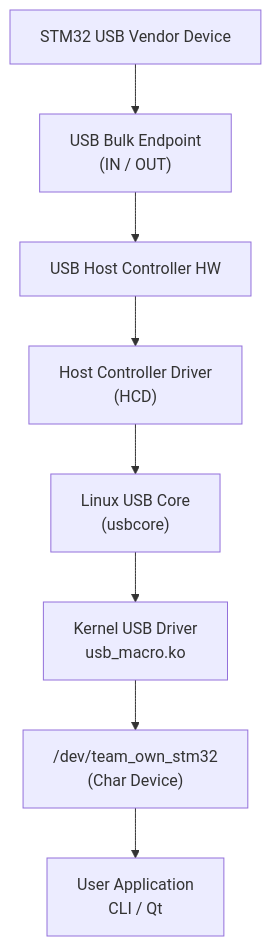
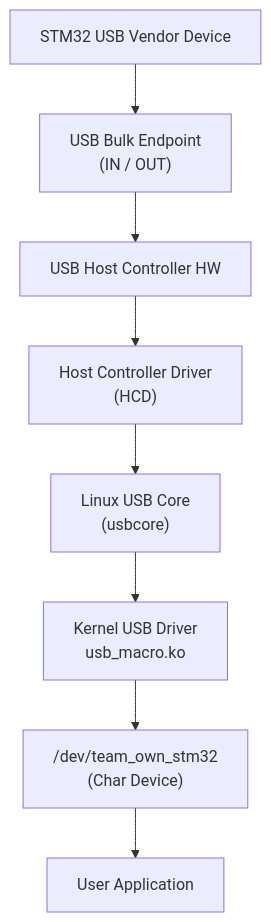
The diagram in usb_macro_kernel/README.md (won-jong-wan/USB-Macro), drawn with Mermaid before and after one commit.

````diff
--- a/usb_macro_kernel/README.md
+++ b/usb_macro_kernel/README.md
@@ -31,19 +31,19 @@
 ``` mermaid
 flowchart TD
     STM32["STM32 USB Vendor Device"]
     EP["USB Bulk Endpoint<br/>(IN / OUT)"]
     HW["USB Host Controller HW"]
     HCD["Host Controller Driver<br/>(HCD)"]
     CORE["Linux USB Core<br/>(usbcore)"]
     DRV["Kernel USB Driver<br/>usb_macro.ko"]
     DEV["/dev/team_own_stm32<br/>(Char Device)"]
-    APP["User Application<br/>CLI / Qt"]
+    APP["User Application<br/>"]
 
     STM32 --> EP
     EP --> HW
     HW --> HCD
     HCD --> CORE
     CORE --> DRV
     DRV --> DEV
     DEV --> APP
 ```
````
